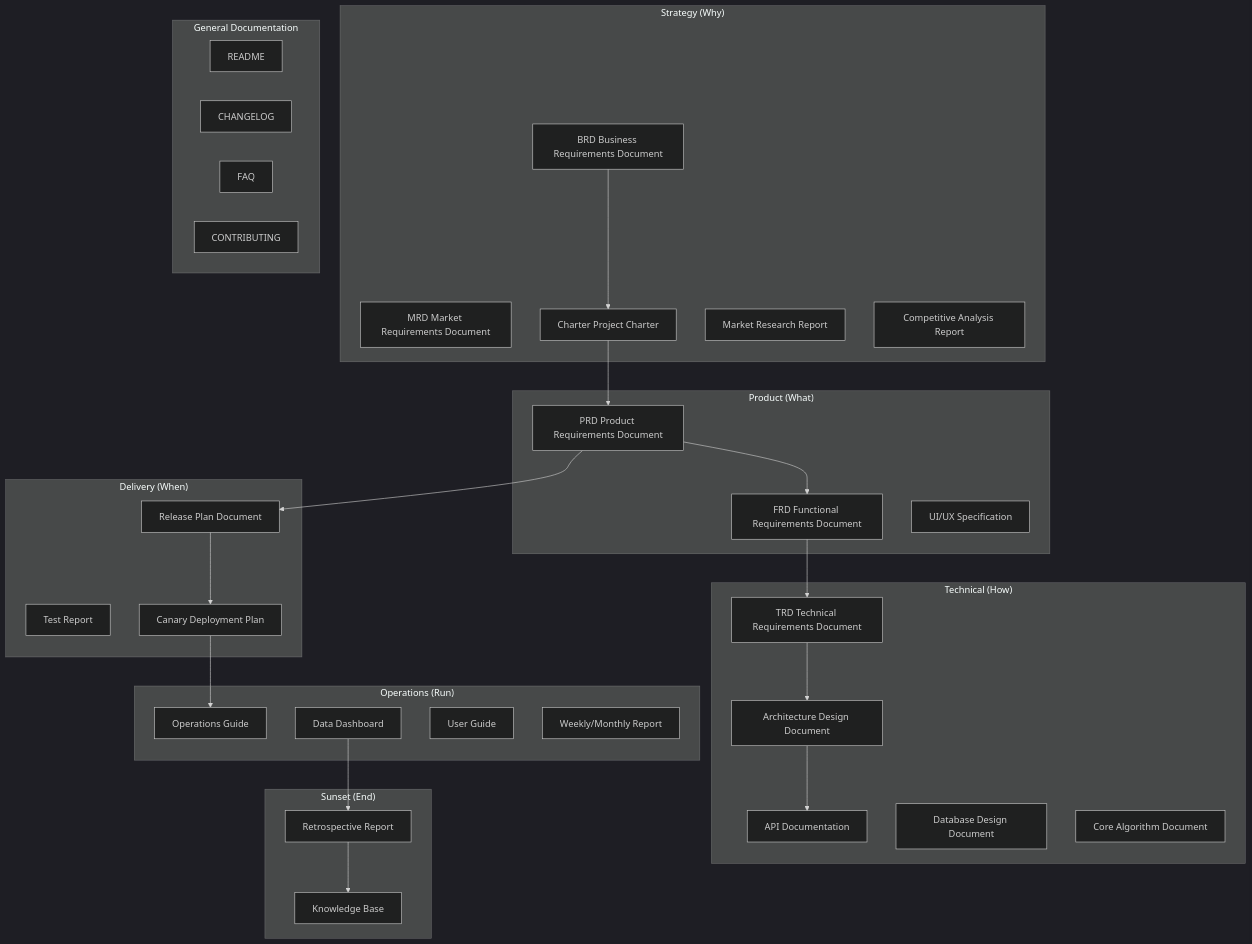
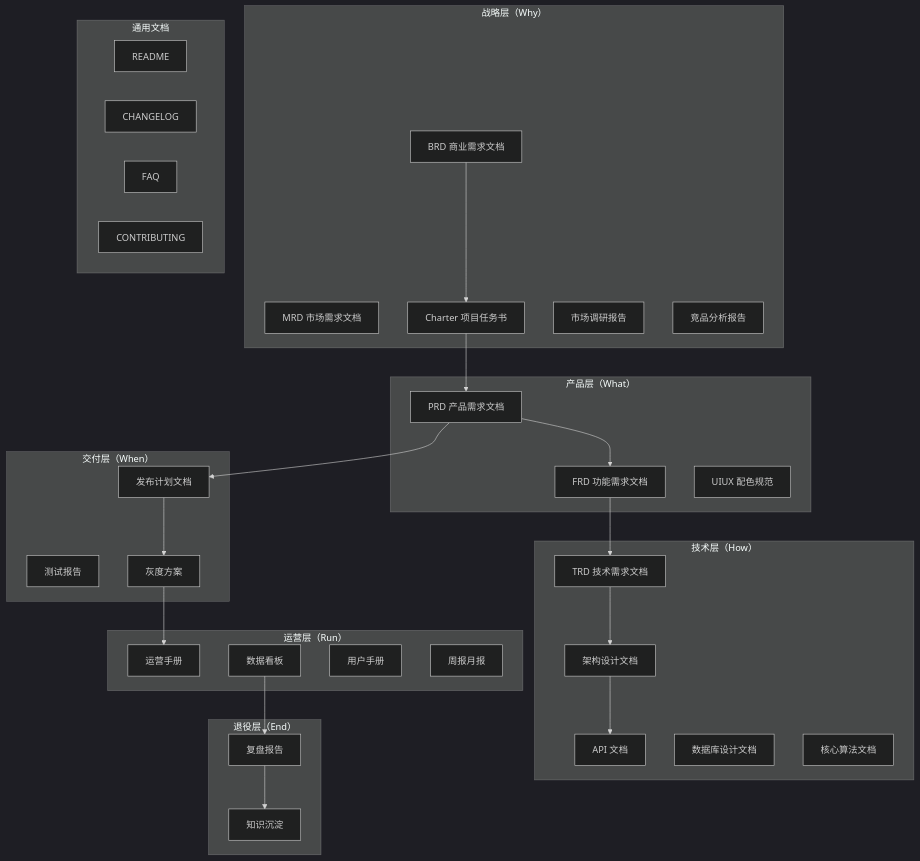
The diagram in references/templates-index.md (Kirky-X/cangjie), drawn with Mermaid (dark theme) before and after one commit. The commit also changed other lines of this file and 33 other files, not shown here.

````diff
--- a/references/templates-index.md
+++ b/references/templates-index.md
@@ -9,46 +9,46 @@
 ```mermaid
 flowchart TD
-    subgraph Strategy["Strategy (Why)"]
-        A1[BRD Business Requirements Document]
-        A2[MRD Market Requirements Document]
-        A3[Charter Project Charter]
-        A4[Market Research Report]
-        A5[Competitive Analysis Report]
+    subgraph 战略层["战略层（Why）"]
+        A1[BRD 商业需求文档]
+        A2[MRD 市场需求文档]
+        A3[Charter 项目任务书]
+        A4[市场调研报告]
+        A5[竞品分析报告]
     end
-    subgraph Product["Product (What)"]
-        B1[PRD Product Requirements Document]
-        B2[FRD Functional Requirements Document]
-        B3[UI/UX Specification]
+    subgraph 产品层["产品层（What）"]
+        B1[PRD 产品需求文档]
+        B2[FRD 功能需求文档]
+        B3[UIUX 配色规范]
     end
-    subgraph Technical["Technical (How)"]
-        C1[TRD Technical Requirements Document]
-        C2[Architecture Design Document]
-        C3[API Documentation]
-        C4[Database Design Document]
-        C5[Core Algorithm Document]
+    subgraph 技术层["技术层（How）"]
+        C1[TRD 技术需求文档]
+        C2[架构设计文档]
+        C3[API 文档]
+        C4[数据库设计文档]
+        C5[核心算法文档]
     end
-    subgraph Delivery["Delivery (When)"]
-        D1[Release Plan Document]
-        D2[Test Report]
-        D3[Canary Deployment Plan]
+    subgraph 交付层["交付层（When）"]
+        D1[发布计划文档]
+        D2[测试报告]
+        D3[灰度方案]
     end
-    subgraph Operations["Operations (Run)"]
-        E1[Operations Guide]
-        E2[Data Dashboard]
-        E3[User Guide]
-        E4[Weekly/Monthly Report]
+    subgraph 运营层["运营层（Run）"]
+        E1[运营手册]
+        E2[数据看板]
+        E3[用户手册]
+        E4[周报月报]
     end
-    subgraph Sunset["Sunset (End)"]
-        F1[Retrospective Report]
-        F2[Knowledge Base]
+    subgraph 退役层["退役层（End）"]
+        F1[复盘报告]
+        F2[知识沉淀]
     end
-    subgraph General["General Documentation"]
+    subgraph 通用["通用文档"]
         G1[README]
         G2[CHANGELOG]
         G3[FAQ]
         G4[CONTRIBUTING]
     end
     A1 --> A3 --> B1 --> B2 --> C1 --> C2 --> C3
     B1 --> D1 --> D3 --> E1
     E2 --> F1 --> F2
 ```
````
